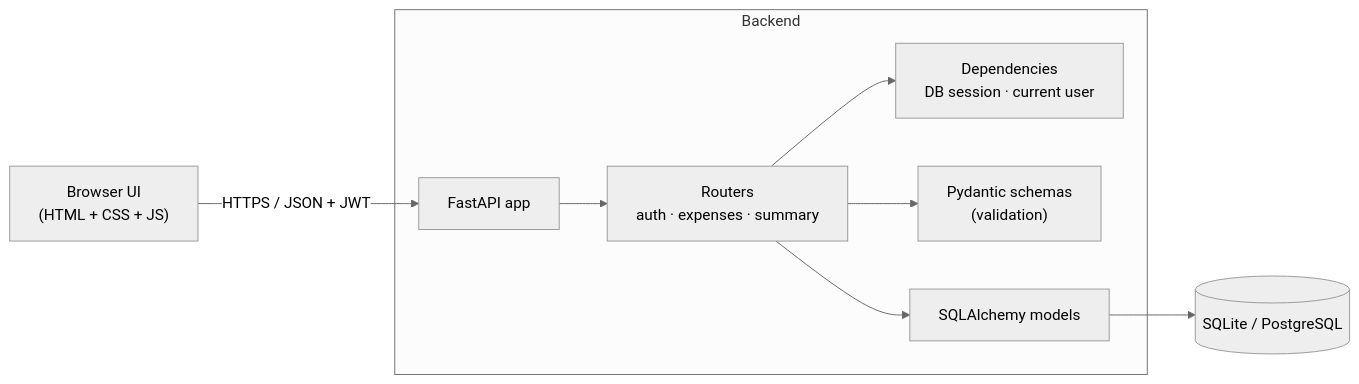
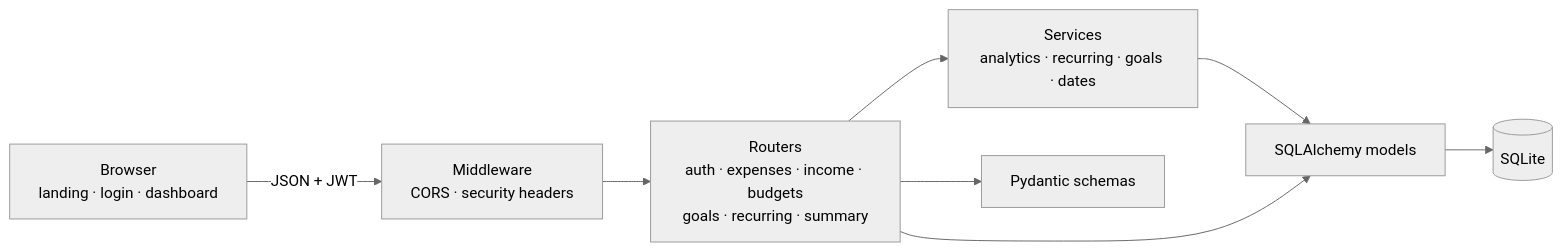
One commit to SaiKiran0078/spendsmart changed the first of 2 diagrams in docs/ARCHITECTURE.md. Above: the diagram before and after it, drawn with Mermaid (neutral theme). The commit also changed other lines of this file and 75 other files, not shown here.

Commit message:
Upgrade SpendSmart with analytics, budgets, goals and responsive UI

````diff
--- a/docs/ARCHITECTURE.md
+++ b/docs/ARCHITECTURE.md
@@ -6,11 +5,10 @@
 ```mermaid
 flowchart LR
-    Browser["Browser UI<br/>(HTML + CSS + JS)"] -- "HTTPS / JSON + JWT" --> API["FastAPI app"]
-    subgraph API_Layer [Backend]
-        API --> Routers["Routers<br/>auth · expenses · summary"]
-        Routers --> Deps["Dependencies<br/>DB session · current user"]
-        Routers --> Schemas["Pydantic schemas<br/>(validation)"]
-        Routers --> ORM["SQLAlchemy models"]
-    end
-    ORM --> DB[("SQLite / PostgreSQL")]
+    B["Browser<br/>landing · login · dashboard"] -- "JSON + JWT" --> M["Middleware<br/>CORS · security headers"]
+    M --> R["Routers<br/>auth · expenses · income · budgets<br/>goals · recurring · summary"]
+    R --> S["Services<br/>analytics · recurring · goals · dates"]
+    R --> V["Pydantic schemas"]
+    S --> O["SQLAlchemy models"]
+    R --> O
+    O --> D[("SQLite")]
 ```
````
